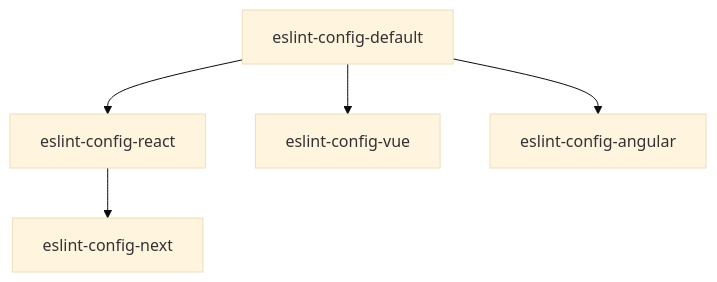
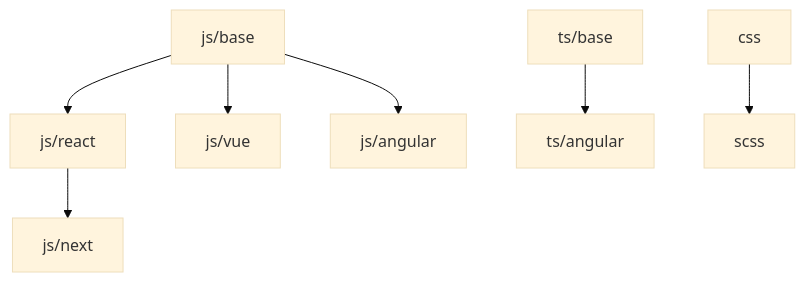
One commit to MAARK/code-config changed the diagram in README.md. Above: the diagram before and after it, drawn with Mermaid. The commit also changed other lines of this file and 9 other files, not shown here.

````diff
--- a/README.md
+++ b/README.md
@@ -46,8 +44,10 @@
 ```mermaid
 %%{init: {'theme':'base'}}%%
 graph TD
-    A[eslint-config-default] --> B[eslint-config-react]
-    A --> eslint-config-vue
-    A --> eslint-config-angular
-    B --> eslint-config-next
+    A[js/base] --> B[js/react]
+    A --> js/vue
+    A --> js/angular
+    B --> js/next
+    ts/base --> ts/angular
+    css --> scss
 ```
````
